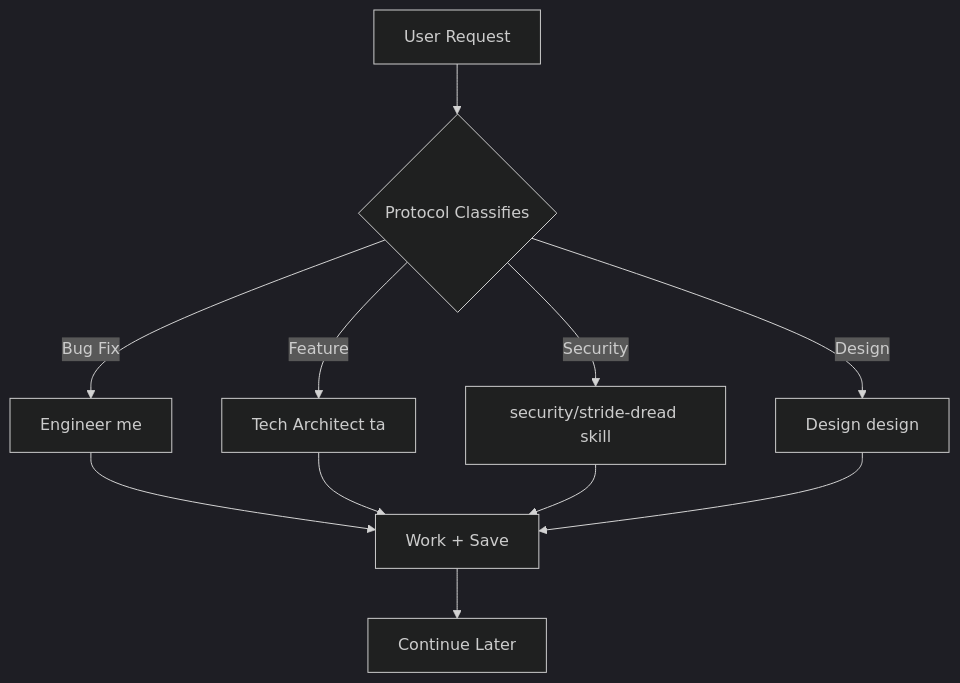
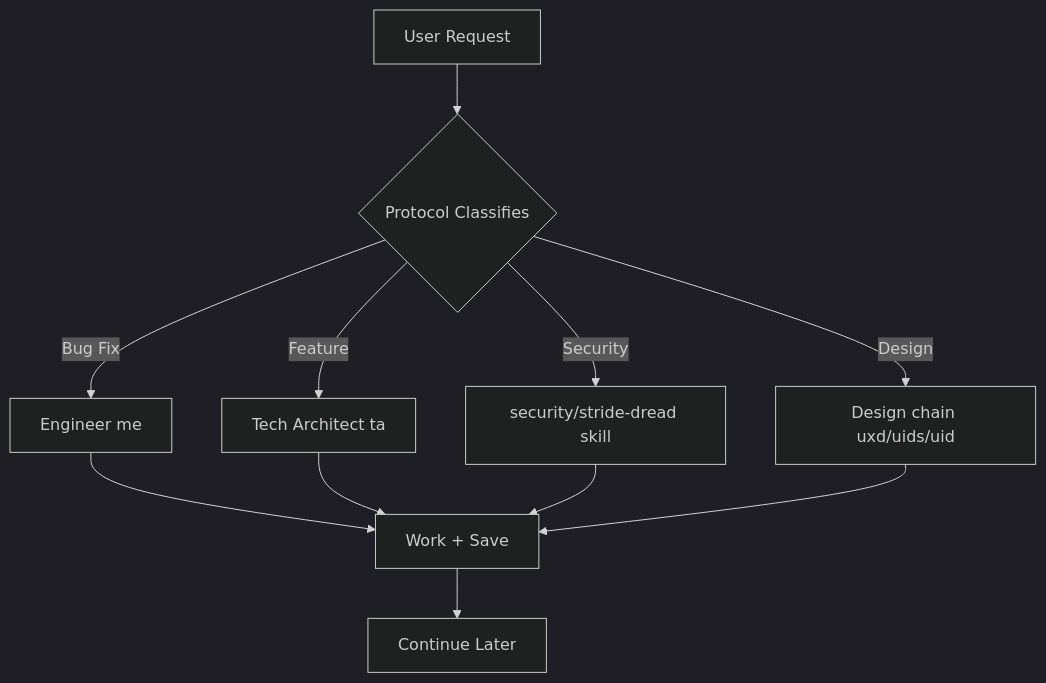
Before and after one commit to Everyone-Needs-A-Copilot/claude-copilot: the second of 3 diagrams in docs/01-getting-started/02-learning-roadmap.md, drawn with Mermaid (dark theme). The commit also changed other lines of this file and 13 other files, not shown here.

````diff
--- a/docs/01-getting-started/02-learning-roadmap.md
+++ b/docs/01-getting-started/02-learning-roadmap.md
@@ -256,13 +256,13 @@
 ```mermaid
 graph TD
     A[User Request] --> B{Protocol Classifies}
     B -->|Bug Fix| C[Engineer me]
     B -->|Feature| D[Tech Architect ta]
     B -->|Security| E[security/stride-dread skill]
-    B -->|Design| F[Design design]
+    B -->|Design| F[Design chain uxd/uids/uid]
     C --> G[Work + Save]
     D --> G
     E --> G
     F --> G
     G --> H[Continue Later]
 ```
````
